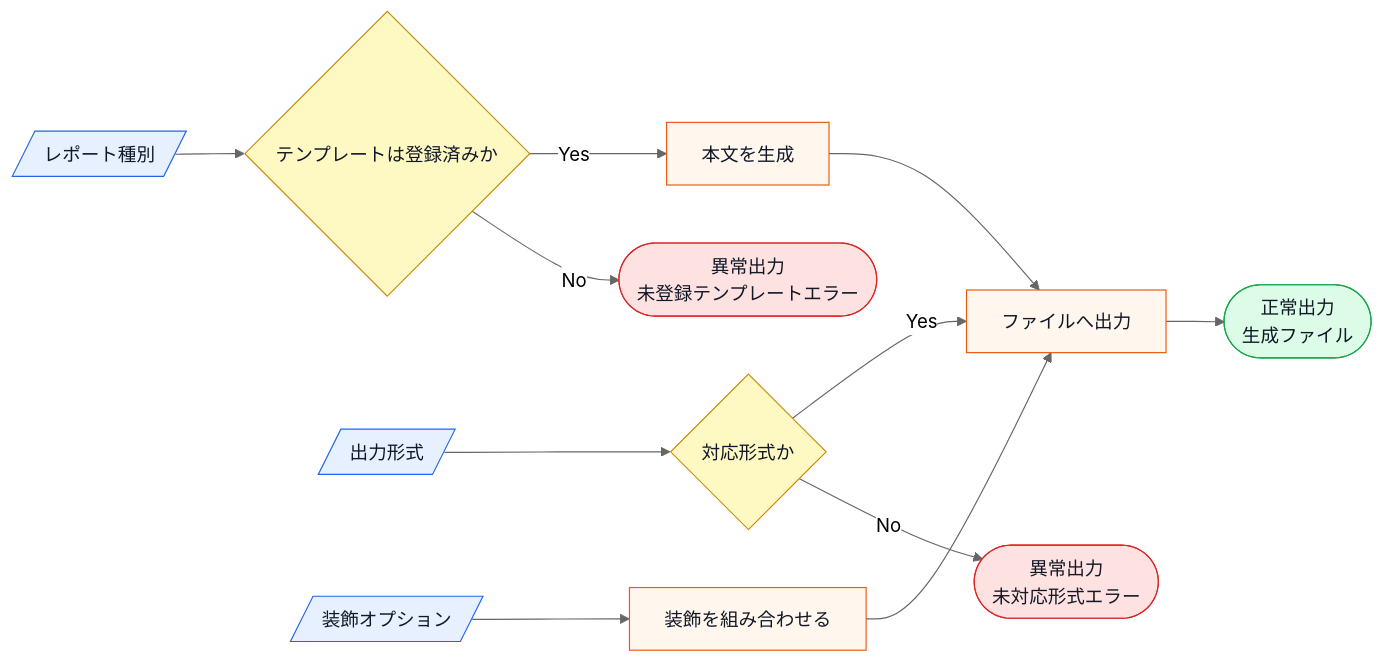
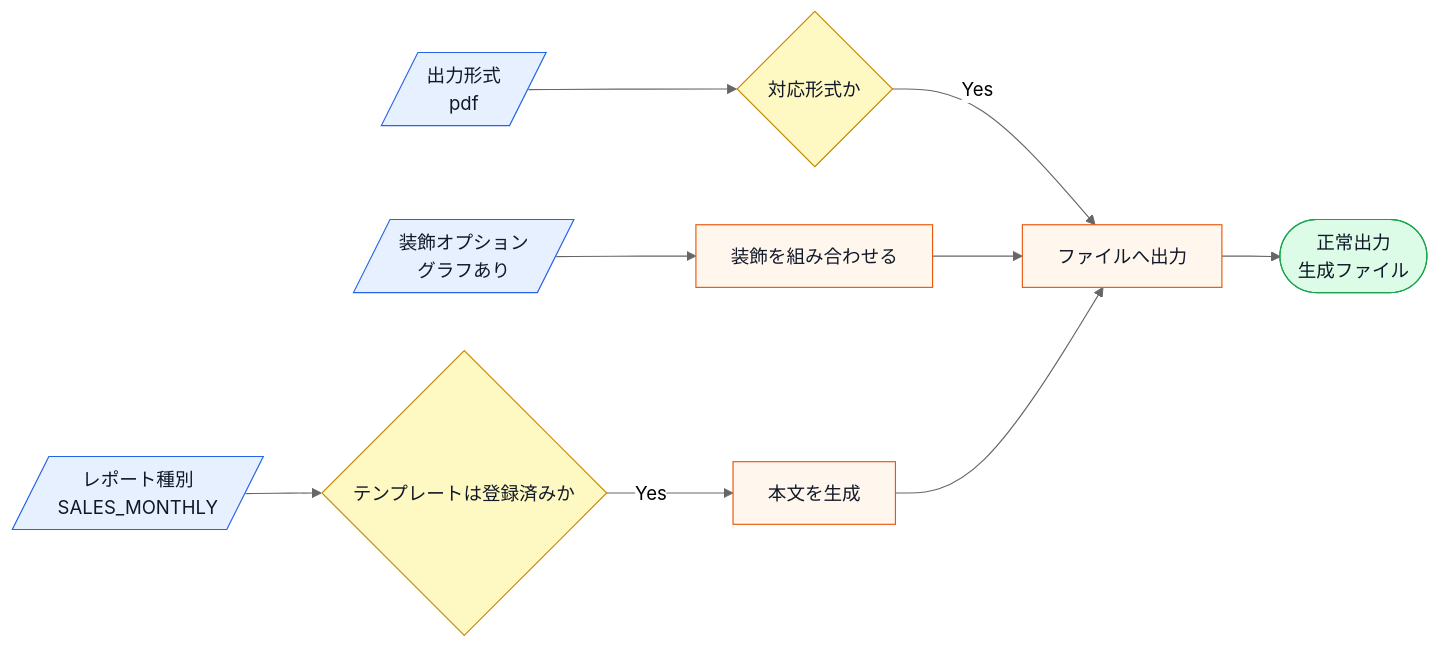
The second of 9 diagrams in kindle/design-patterns/output/chapter11.md (kumachan1101-pixel/DesignPattern), drawn with Mermaid (neutral theme) before and after one commit. The commit also changed other lines of this file and 11 other files, not shown here.

Commit message:
docs: 残タスクの仕様図と外部境界を全章反映

````diff
--- a/kindle/design-patterns/output/chapter11.md
+++ b/kindle/design-patterns/output/chapter11.md
@@ -46,19 +69,16 @@
 ```mermaid
 flowchart LR
-    A[/レポート種別/]:::input --> B{テンプレートは登録済みか}:::decision
-    C[/出力形式/]:::input --> D{対応形式か}:::decision
-    E[/装飾オプション/]:::input --> F[装飾を組み合わせる]:::process
+    A[/レポート種別<br>SALES_MONTHLY/]:::input --> B{テンプレートは登録済みか}:::decision
+    C[/出力形式<br>pdf/]:::input --> D{対応形式か}:::decision
+    E[/装飾オプション<br>グラフあり/]:::input --> F[装飾を組み合わせる]:::process
     B -->|Yes| G[本文を生成]:::process
     D -->|Yes| H[ファイルへ出力]:::process
     F --> H
     G --> H
     H --> I([正常出力<br>生成ファイル]):::normal
-    B -->|No| J([異常出力<br>未登録テンプレートエラー]):::error
-    D -->|No| K([異常出力<br>未対応形式エラー]):::error
 
     classDef input fill:#e7f0ff,stroke:#2563eb,color:#111827;
     classDef process fill:#fff7ed,stroke:#ea580c,color:#111827;
     classDef decision fill:#fef9c3,stroke:#ca8a04,color:#111827;
     classDef normal fill:#dcfce7,stroke:#16a34a,color:#111827;
-    classDef error fill:#fee2e2,stroke:#dc2626,color:#111827;
 ```
````
